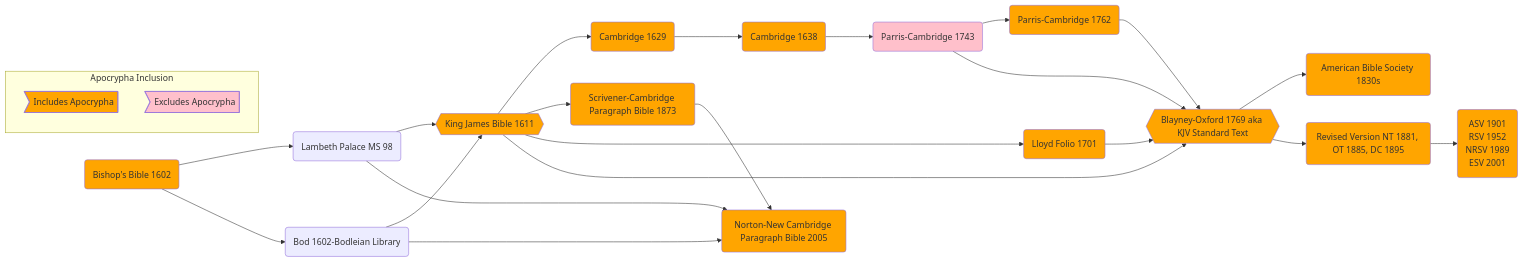
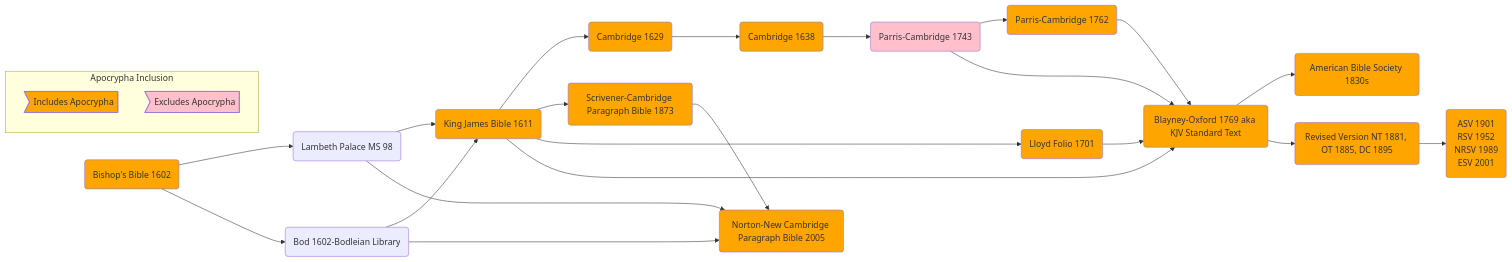
Before and after one commit to mkudija/mkudija.github.io: the second of 2 diagrams in reading-notes/_md/2025-07-06-The King James Bible-A Short History from Tyndale to Today.md, drawn with Mermaid. The commit also changed other lines of this file and 3 other files, not shown here.

````diff
--- a/reading-notes/_md/2025-07-06-The King James Bible-A Short History from Tyndale to Today.md
+++ b/reading-notes/_md/2025-07-06-The King James Bible-A Short History from Tyndale to Today.md
@@ -292,66 +295,68 @@
 ```mermaid
 graph LR
 %% Source Manuscripts / Earlier Editions
 ms(Lambeth Palace MS 98)
 bod(Bod 1602-Bodleian Library)
 bb(Bishop's Bible 1602)
 
 %% Core KJV and its direct descendants
-kjv@{ shape: hex, label: "King James Bible 1611" }
+kjv(King James Bible 1611)
+%%kjv@{ shape: hex, label: "King James Bible 1611" }
 c1(Cambridge 1629)
 c2(Cambridge 1638)
 cpb(Scrivener-Cambridge Paragraph Bible 1873)
 
 %% Intermediate Cambridge editions and Blayney
 c3(Parris-Cambridge 1743)
 lf(Lloyd Folio 1701)
 c4(Parris-Cambridge 1762)
-bbo@{shape: hex, label: "Blayney-Oxford 1769 aka KJV Standard Text"}
+bbo(Blayney-Oxford 1769 aka KJV Standard Text)
+%%bbo@{shape: hex, label: "Blayney-Oxford 1769 aka KJV Standard Text"}
 
 %% Modern descendants
 abs(American Bible Society 1830s)
 ncpb(Norton-New Cambridge Paragraph Bible 2005)
 rv(Revised Version NT 1881, OT 1885, DC 1895)
 mod(ASV 1901<br>RSV 1952<br>NRSV 1989<br>ESV 2001)
 
 %% Connections / Edges
 bb:::a --> ms
 bb --> bod
 bod --> kjv:::a
 ms --> kjv
 
 kjv --> c1:::a
 kjv --> cpb:::a
 kjv --> lf:::a
 kjv --> bbo:::a
 
 c1 --> c2:::a
 c2 --> c3:::n 
 c3 --> c4:::a
 c3 --> bbo
 
 c4 --> bbo
 lf --> bbo
 cpb --> ncpb
 
 bbo --> abs:::a
 bbo --> rv:::a
 
 ms --> ncpb:::a
 bod --> ncpb 
 
 rv --> mod:::a
 
 %% Class Definitions
 classDef a fill:Orange
 classDef n fill:Pink
 
 %% Applying apocrypha classes
 ap:::a
 na:::n
 
 subgraph Apocrypha Inclusion
 ap>Includes Apocrypha]
 na>Excludes Apocrypha]
 end
 ```
````
